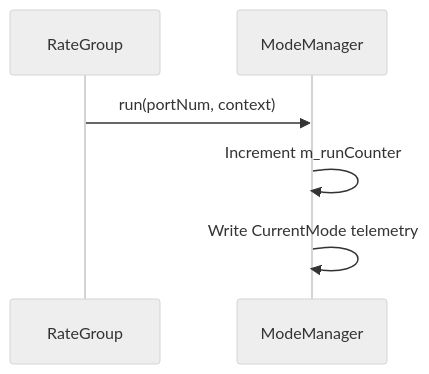
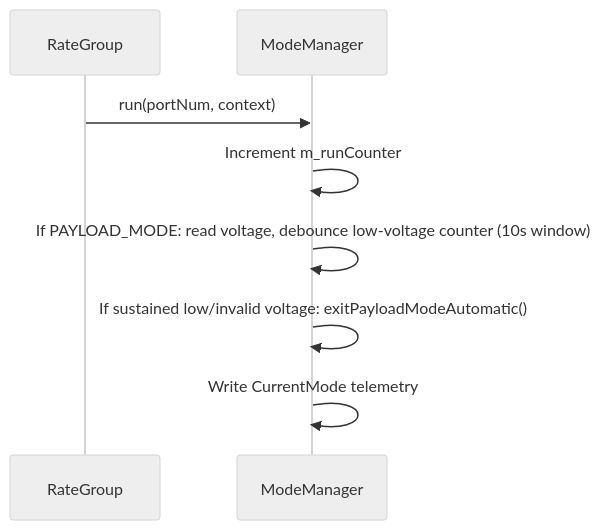
Before and after one commit to Open-Source-Space-Foundation/proves-core-reference: the ninth of 9 diagrams in FprimeZephyrReference/Components/ModeManager/docs/sdd.md, drawn with Mermaid (neutral theme). The commit also changed other lines of this file and 4 other files, not shown here.

Commit message:
add normal <-> payload mode auto change

````diff
--- a/FprimeZephyrReference/Components/ModeManager/docs/sdd.md
+++ b/FprimeZephyrReference/Components/ModeManager/docs/sdd.md
@@ -293,9 +331,11 @@
 ```mermaid
 sequenceDiagram
     participant RateGroup
     participant ModeManager
 
     RateGroup->>ModeManager: run(portNum, context)
     ModeManager->>ModeManager: Increment m_runCounter
+    ModeManager->>ModeManager: If PAYLOAD_MODE: read voltage, debounce low-voltage counter (10s window)
+    ModeManager->>ModeManager: If sustained low/invalid voltage: exitPayloadModeAutomatic()
     ModeManager->>ModeManager: Write CurrentMode telemetry
 ```
````
